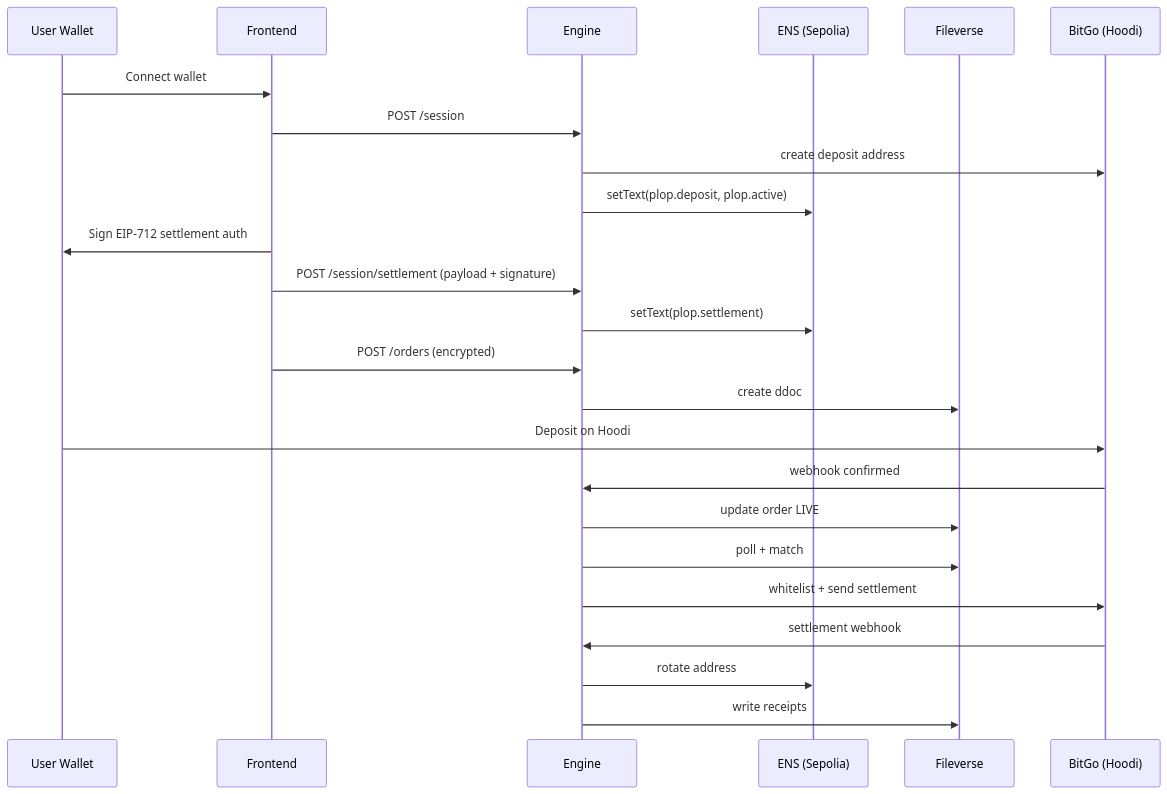
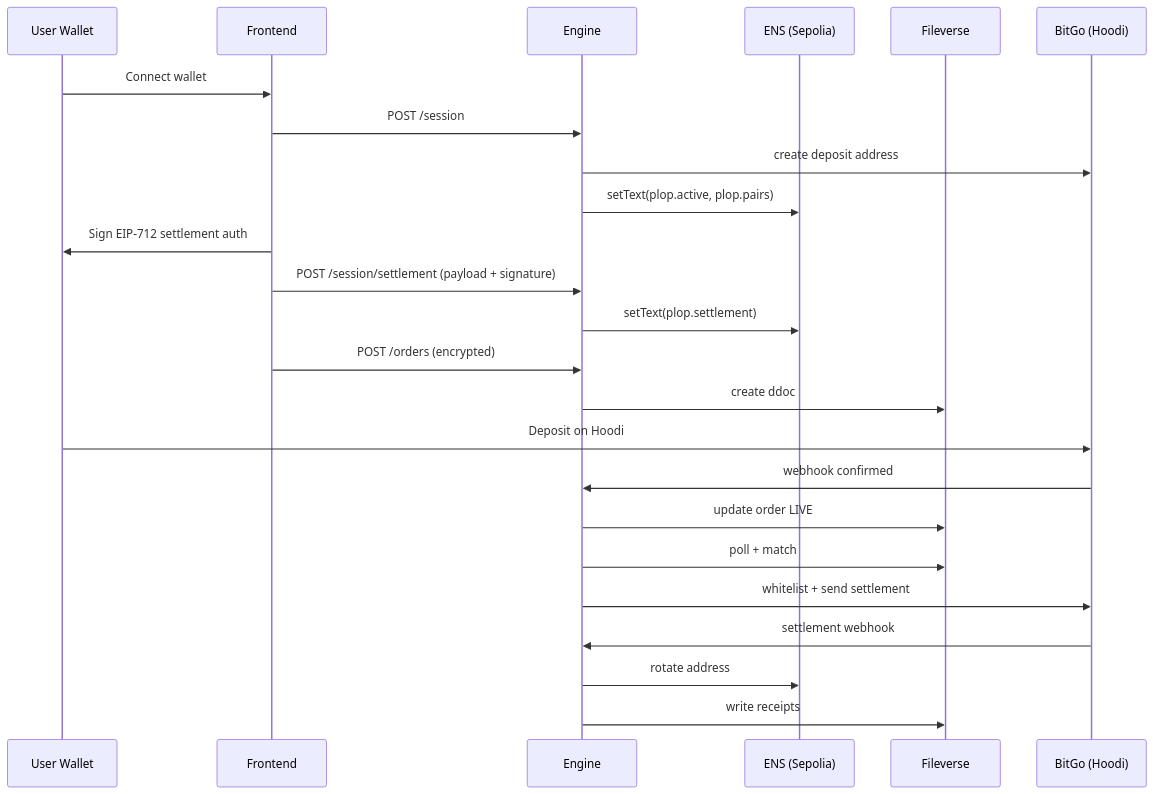
Before and after one commit to juSt-jeLLy/PLOP: the second of 2 diagrams in README.md, drawn with Mermaid. The commit also changed other lines of this file and 19 other files, not shown here.

Commit message:
Update privacy flow and UI fixes

````diff
--- a/README.md
+++ b/README.md
@@ -119,30 +120,30 @@
 ```mermaid
 sequenceDiagram
   participant U as User Wallet
   participant UI as Frontend
   participant ENG as Engine
   participant ENS as ENS (Sepolia)
   participant FV as Fileverse
   participant BG as BitGo (Hoodi)
 
   U->>UI: Connect wallet
   UI->>ENG: POST /session
   ENG->>BG: create deposit address
-  ENG->>ENS: setText(plop.deposit, plop.active)
+  ENG->>ENS: setText(plop.active, plop.pairs)
   UI->>U: Sign EIP-712 settlement auth
   UI->>ENG: POST /session/settlement (payload + signature)
   ENG->>ENS: setText(plop.settlement)
 
   UI->>ENG: POST /orders (encrypted)
   ENG->>FV: create ddoc
 
   U->>BG: Deposit on Hoodi
   BG->>ENG: webhook confirmed
   ENG->>FV: update order LIVE
 
   ENG->>FV: poll + match
   ENG->>BG: whitelist + send settlement
   BG->>ENG: settlement webhook
   ENG->>ENS: rotate address
   ENG->>FV: write receipts
 ```
````
